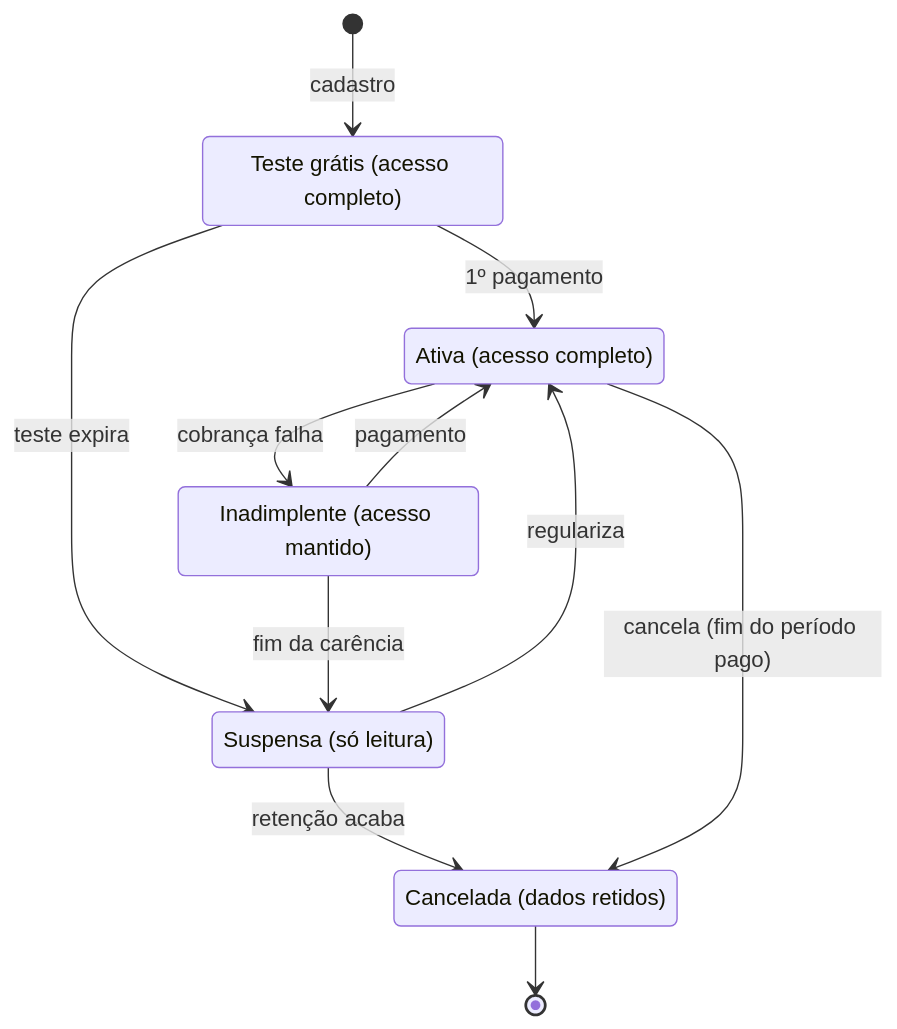
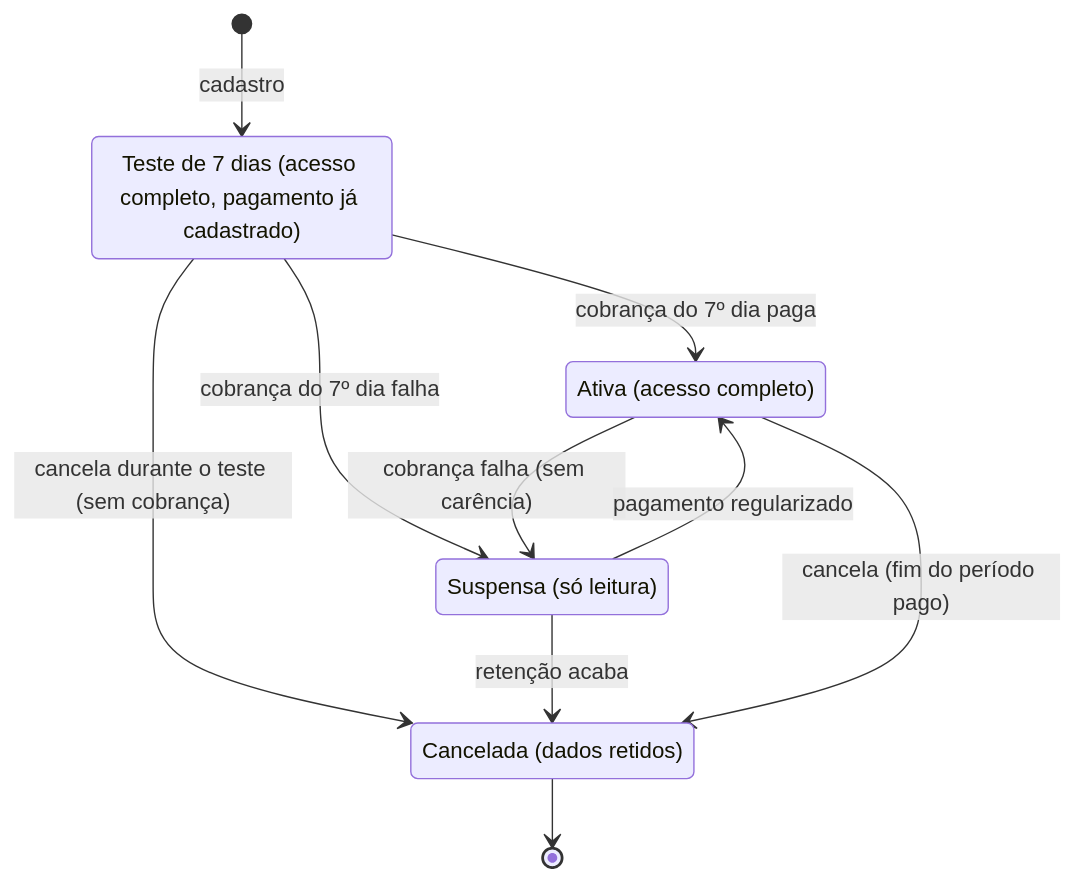
Before and after one commit to gustavog2d/sistema-log: the diagram in docs/05-planos-e-assinaturas.md, drawn with Mermaid. The commit also changed other lines of this file and 51 other files, not shown here.

First line of the commit message:
Implementa o cadastro do assinante com teste de 7 dias (PLT-003)

````diff
--- a/docs/05-planos-e-assinaturas.md
+++ b/docs/05-planos-e-assinaturas.md
@@ -38,19 +49,17 @@
 ```mermaid
 stateDiagram-v2
     [*] --> Teste: cadastro
-    Teste --> Ativa: 1º pagamento
-    Teste --> Suspensa: teste expira
-    Ativa --> Inadimplente: cobrança falha
-    Inadimplente --> Ativa: pagamento
-    Inadimplente --> Suspensa: fim da carência
-    Suspensa --> Ativa: regulariza
+    Teste --> Ativa: cobrança do 7º dia paga
+    Teste --> Suspensa: cobrança do 7º dia falha
+    Teste --> Cancelada: cancela durante o teste (sem cobrança)
+    Ativa --> Suspensa: cobrança falha (sem carência)
+    Suspensa --> Ativa: pagamento regularizado
     Suspensa --> Cancelada: retenção acaba
     Ativa --> Cancelada: cancela (fim do período pago)
     Cancelada --> [*]
 
-    Teste: Teste grátis (acesso completo)
+    Teste: Teste de 7 dias (acesso completo, pagamento já cadastrado)
     Ativa: Ativa (acesso completo)
-    Inadimplente: Inadimplente (acesso mantido)
     Suspensa: Suspensa (só leitura)
     Cancelada: Cancelada (dados retidos)
 ```
````
